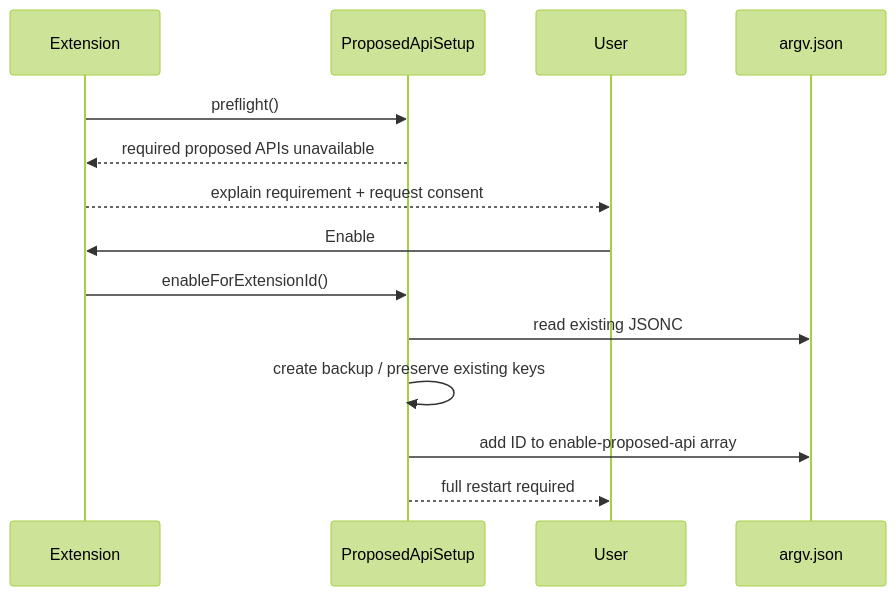
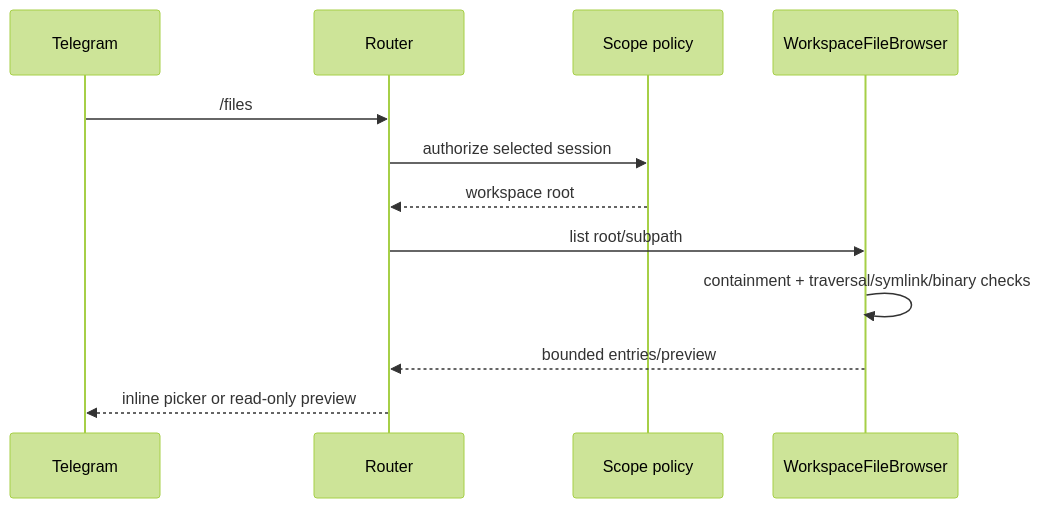
Before and after one commit to SachiHarshitha/vscode-telegram: diagram 16 of 17 in extensions/copilot/docs/telegram-remote/CALL_FLOWS.md, drawn with Mermaid (forest theme). The commit also changed other lines of this file, not shown here.

Commit message:
docs(telegram-remote): align call flows with current runtime

````diff
--- a/extensions/copilot/docs/telegram-remote/CALL_FLOWS.md
+++ b/extensions/copilot/docs/telegram-remote/CALL_FLOWS.md
@@ -500,17 +360,15 @@
 ```mermaid
 sequenceDiagram
-    participant E as Extension
-    participant P as ProposedApiSetup
-    participant U as User
-    participant A as argv.json
+    participant T as Telegram
+    participant R as Router
+    participant A as Scope policy
+    participant F as WorkspaceFileBrowser
 
-    E->>P: preflight()
-    P-->>E: required proposed APIs unavailable
-    E-->>U: explain requirement + request consent
-    U->>E: Enable
-    E->>P: enableForExtensionId()
-    P->>A: read existing JSONC
-    P->>P: create backup / preserve existing keys
-    P->>A: add ID to enable-proposed-api array
-    P-->>U: full restart required
+    T->>R: /files
+    R->>A: authorize selected session
+    A-->>R: workspace root
+    R->>F: list root/subpath
+    F->>F: containment + traversal/symlink/binary checks
+    F-->>R: bounded entries/preview
+    R-->>T: inline picker or read-only preview
 ```
````
